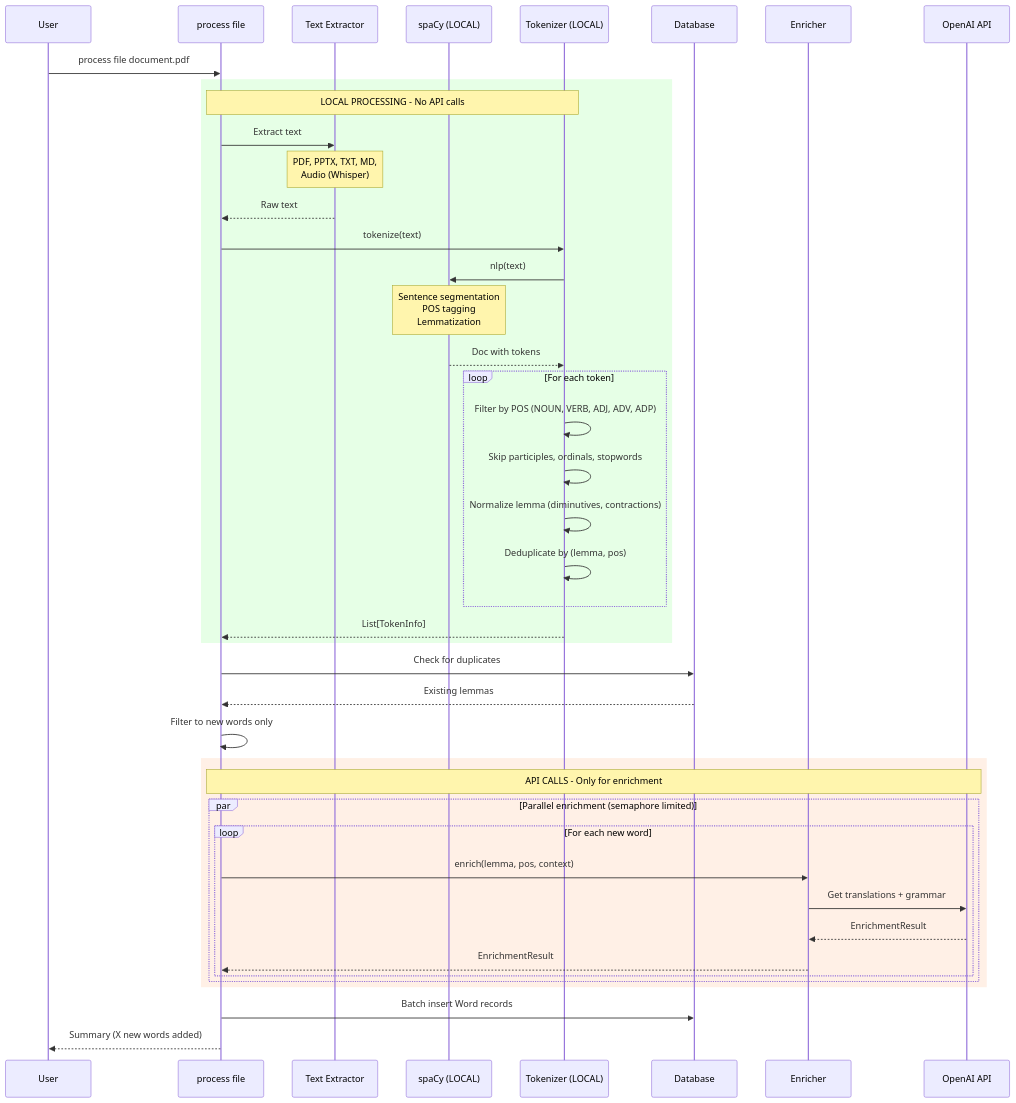
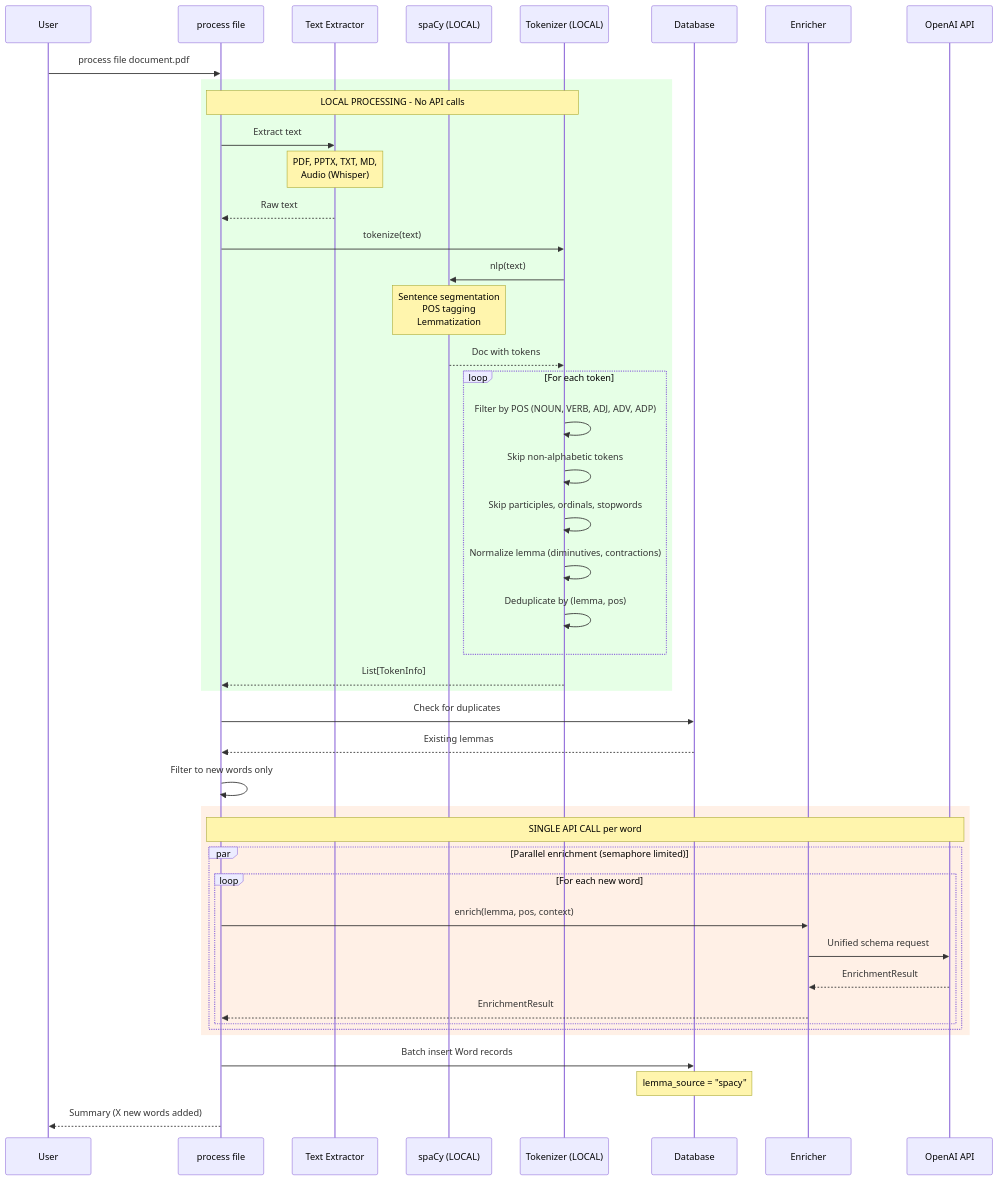
One commit to sapientpants/vocabext changed the second of 9 diagrams in docs/llm-pipelines.md. Above: the diagram before and after it, drawn with Mermaid. The commit also changed other lines of this file and 6 other files, not shown here.

First line of the commit message:
feat: unify LLM pipeline with single API call per word

````diff
--- a/docs/llm-pipelines.md
+++ b/docs/llm-pipelines.md
@@ -33,55 +75,57 @@
 ```mermaid
 sequenceDiagram
     participant User
     participant CLI as process file
     participant Extractor as Text Extractor
     participant spaCy as spaCy (LOCAL)
     participant Tokenizer as Tokenizer (LOCAL)
     participant DB as Database
     participant Enricher
     participant API as OpenAI API
 
     User->>CLI: process file document.pdf
 
     rect rgb(230, 255, 230)
         Note over CLI,Tokenizer: LOCAL PROCESSING - No API calls
         CLI->>Extractor: Extract text
         Note over Extractor: PDF, PPTX, TXT, MD,<br/>Audio (Whisper)
         Extractor-->>CLI: Raw text
 
         CLI->>Tokenizer: tokenize(text)
         Tokenizer->>spaCy: nlp(text)
 
         Note over spaCy: Sentence segmentation<br/>POS tagging<br/>Lemmatization
 
         spaCy-->>Tokenizer: Doc with tokens
 
         loop For each token
             Tokenizer->>Tokenizer: Filter by POS (NOUN, VERB, ADJ, ADV, ADP)
+            Tokenizer->>Tokenizer: Skip non-alphabetic tokens
             Tokenizer->>Tokenizer: Skip participles, ordinals, stopwords
             Tokenizer->>Tokenizer: Normalize lemma (diminutives, contractions)
             Tokenizer->>Tokenizer: Deduplicate by (lemma, pos)
         end
 
         Tokenizer-->>CLI: List[TokenInfo]
     end
 
     CLI->>DB: Check for duplicates
     DB-->>CLI: Existing lemmas
     CLI->>CLI: Filter to new words only
 
     rect rgb(255, 240, 230)
-        Note over CLI,API: API CALLS - Only for enrichment
+        Note over CLI,API: SINGLE API CALL per word
         par Parallel enrichment (semaphore limited)
             loop For each new word
                 CLI->>Enricher: enrich(lemma, pos, context)
-                Enricher->>API: Get translations + grammar
+                Enricher->>API: Unified schema request
                 API-->>Enricher: EnrichmentResult
                 Enricher-->>CLI: EnrichmentResult
             end
         end
     end
 
     CLI->>DB: Batch insert Word records
+    Note over DB: lemma_source = "spacy"
     CLI-->>User: Summary (X new words added)
 ```
````
